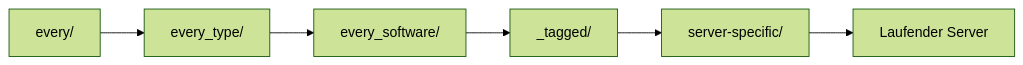
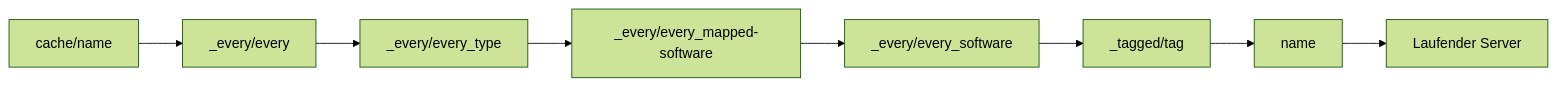
Before and after one commit to simplecloudapp/docs: the diagram in de/manual/setup/templates.mdx, drawn with Mermaid (forest theme). The commit also changed other lines of this file and 46 other files, not shown here.

````diff
--- a/de/manual/setup/templates.mdx
+++ b/de/manual/setup/templates.mdx
@@ -12,8 +12,10 @@
 ```mermaid
 flowchart LR
-    A[every/] --> B[every_type/]
-    B --> C[every_software/]
-    C --> D[_tagged/]
-    D --> E[server-specific/]
-    E --> F[Laufender Server]
+    A[cache/name] --> B[_every/every]
+    B --> C[_every/every_type]
+    C --> D[_every/every_mapped-software]
+    D --> E[_every/every_software]
+    E --> F[_tagged/tag]
+    F --> G[name]
+    G --> H[Laufender Server]
 ```
````
